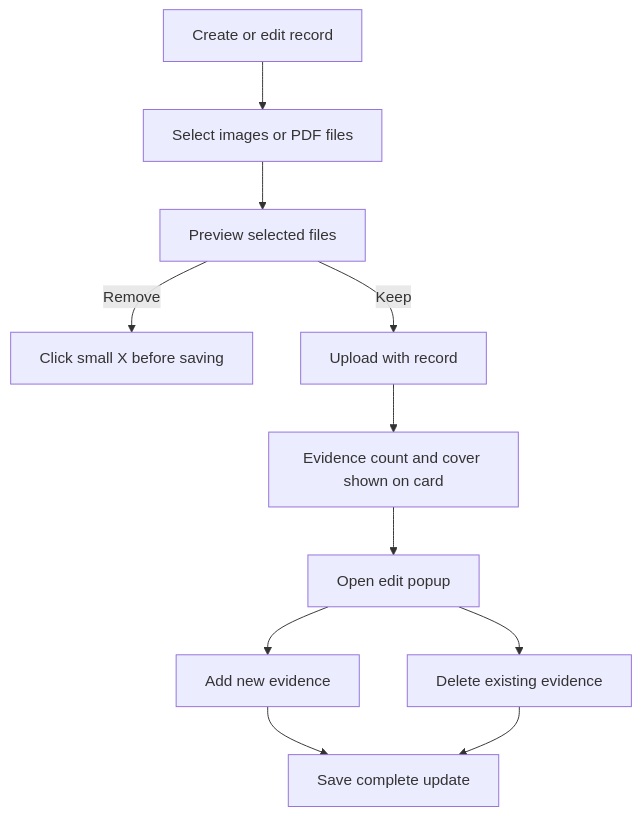
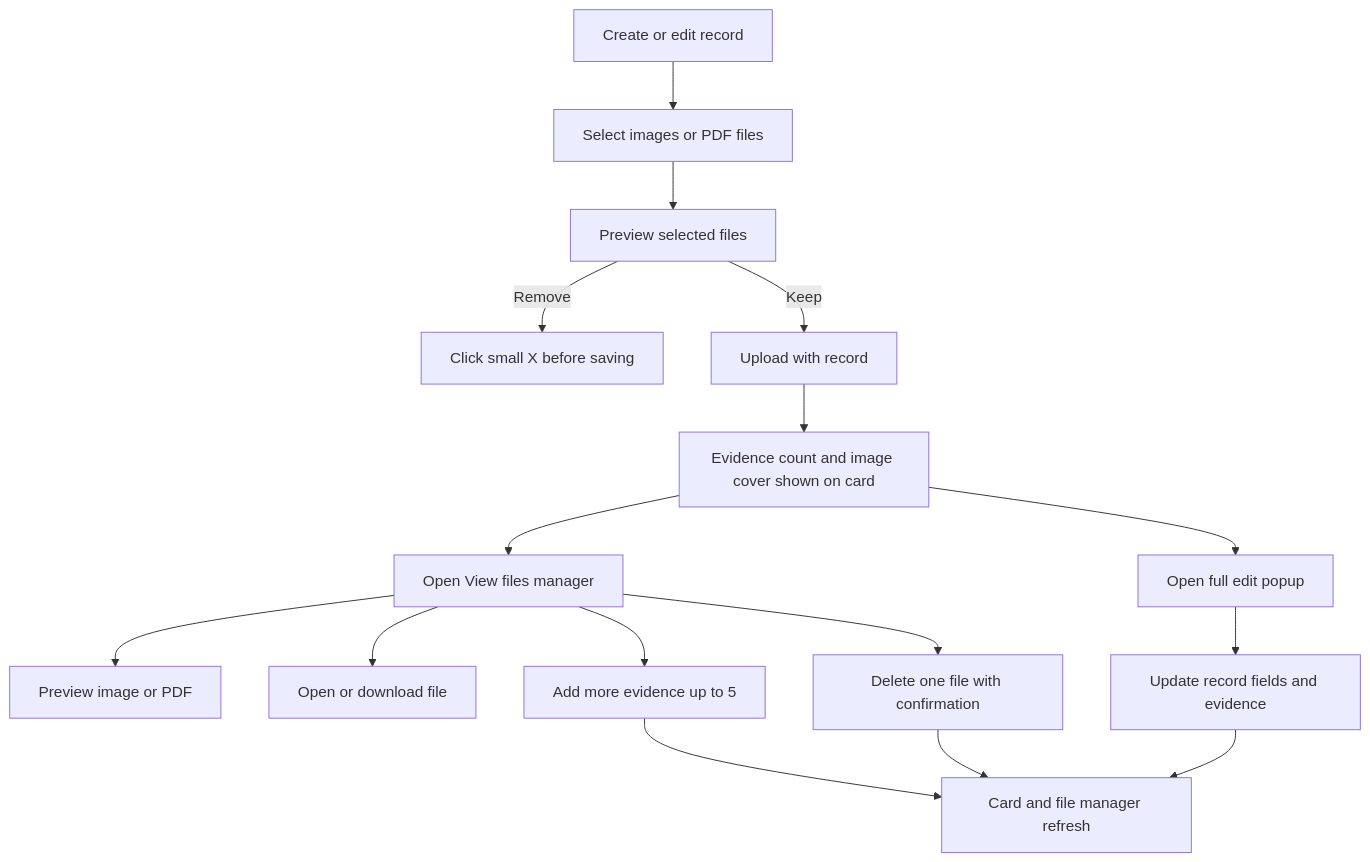
The fourth of 6 diagrams in README.md (haroondhanyal/LedgerMate360), drawn with Mermaid before and after one commit. The commit also changed other lines of this file and 2 other files, not shown here.

Commit message:
Add finance record file manager

````diff
--- a/README.md
+++ b/README.md
@@ -87,13 +88,18 @@
 ```mermaid
 flowchart TD
     N[Create or edit record] --> S[Select images or PDF files]
     S --> P[Preview selected files]
     P -->|Remove| X[Click small X before saving]
     P -->|Keep| U[Upload with record]
-    U --> C[Evidence count and cover shown on card]
-    C --> E[Open edit popup]
-    E --> A[Add new evidence]
-    E --> D[Delete existing evidence]
-    A --> Z[Save complete update]
+    U --> C[Evidence count and image cover shown on card]
+    C --> M[Open View files manager]
+    M --> V[Preview image or PDF]
+    M --> W[Open or download file]
+    M --> A[Add more evidence up to 5]
+    M --> D[Delete one file with confirmation]
+    C --> E[Open full edit popup]
+    E --> R[Update record fields and evidence]
+    A --> Z[Card and file manager refresh]
     D --> Z
+    R --> Z
 ```
````
